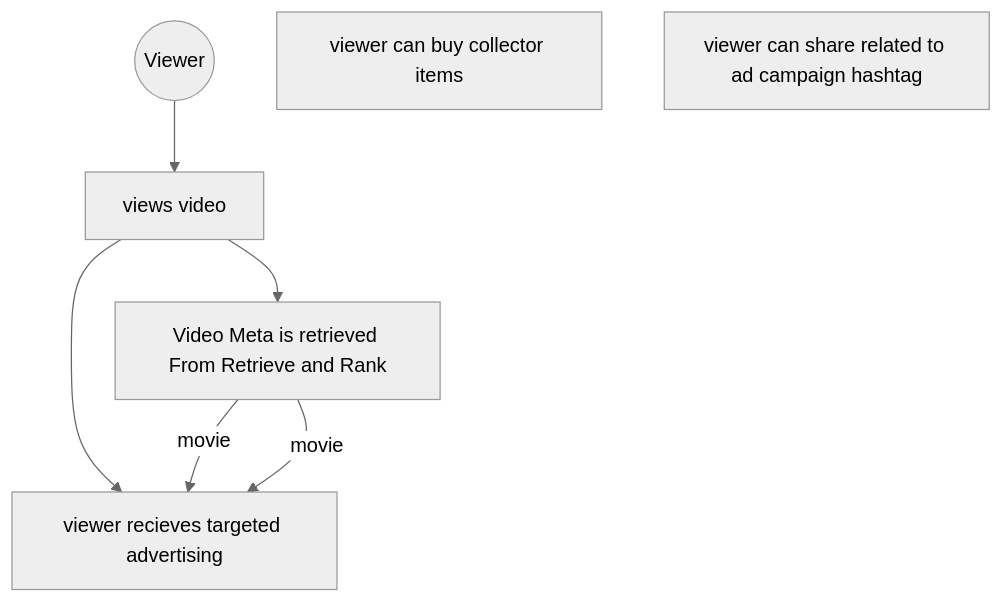
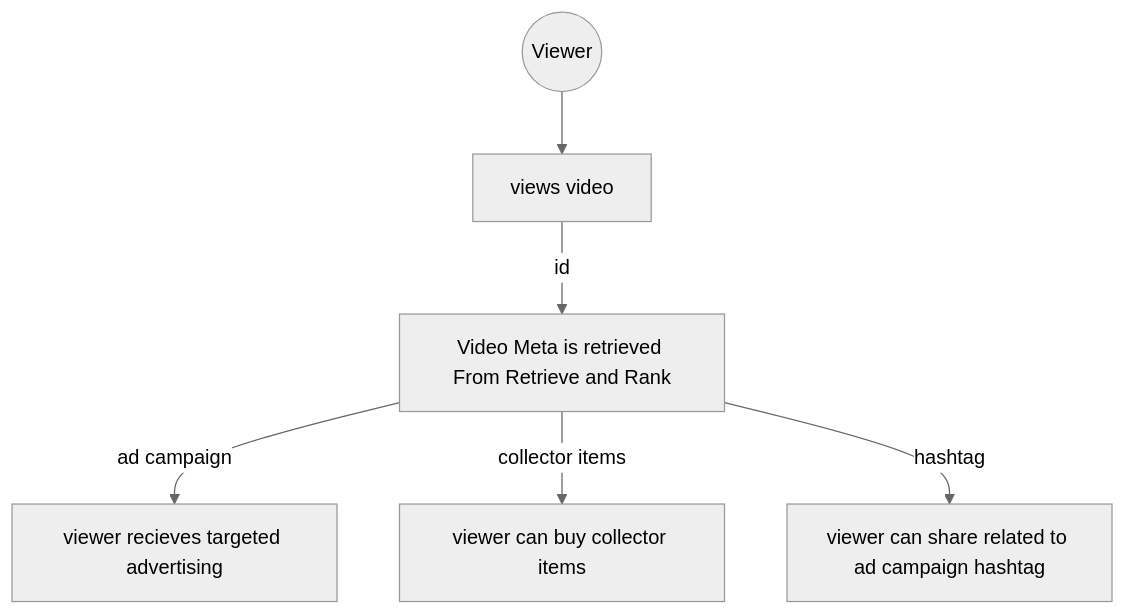
One commit to formula1/att-hackathon changed the diagram in flowcharts/viewer.mmd. Above: the diagram before and after it, drawn with Mermaid (neutral theme). The commit also changed 25 other files, not shown here.

```diff
--- a/flowcharts/viewer.mmd
+++ b/flowcharts/viewer.mmd
@@ -1,13 +1,13 @@
 graph TD;
     start((Viewer))
     viewer[views video]
     retrieveAndRank[Video Meta is retrieved From Retrieve and Rank]
     viewerAdCampaign[viewer recieves targeted advertising]
     viewerAdCollectorItems[viewer can buy collector items]
     viewerAdShare[viewer can share related to ad campaign hashtag]
 
     start-->viewer
-    viewer-->viewerAdCampaign
-    viewer-->retrieveAndRank
-    retrieveAndRank-- movie -->viewerAdCampaign
-    retrieveAndRank-- movie -->viewerAdCampaign
+    viewer-- id -->retrieveAndRank
+    retrieveAndRank-- ad campaign -->viewerAdCampaign
+    retrieveAndRank-- collector items -->viewerAdCollectorItems
+    retrieveAndRank-- hashtag -->viewerAdShare
```
